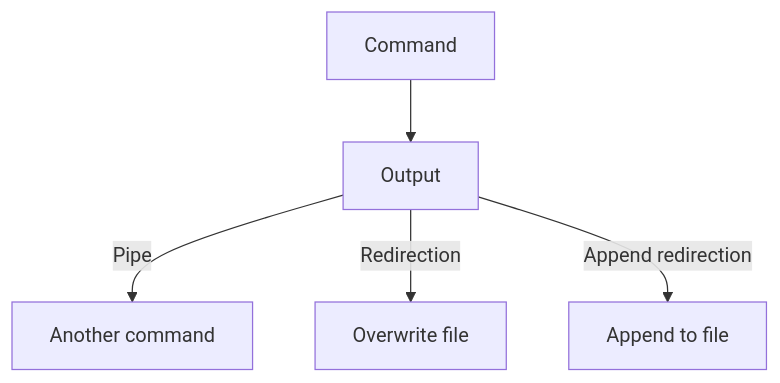
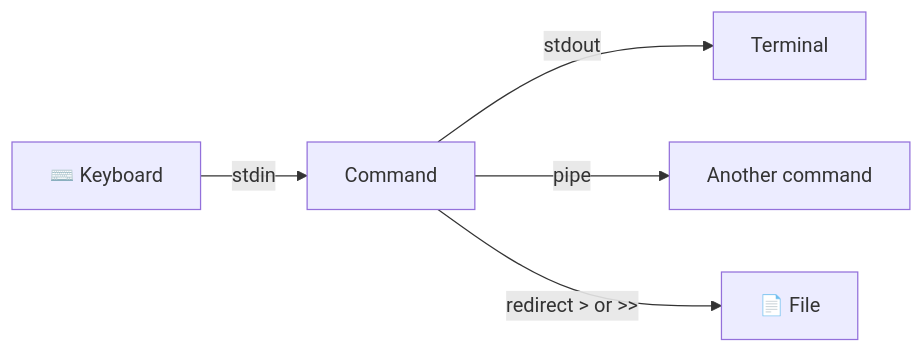
One commit to RyanM-Dev/My-Summery changed the first of 3 diagrams in DevOps/NaNa/Linux/1. Linux Pipes, `grep`, `less`, and Output Redirection.md. Above: the diagram before and after it, drawn with Mermaid. The commit also changed other lines of this file and 16 other files, not shown here.

````diff
--- a/DevOps/NaNa/Linux/1. Linux Pipes, `grep`, `less`, and Output Redirection.md
+++ b/DevOps/NaNa/Linux/1. Linux Pipes, `grep`, `less`, and Output Redirection.md
@@ -59,12 +30,7 @@
 ```mermaid
-flowchart TD
-    N0["Command"]
-    N1["Output"]
-    N2["Another command"]
-    N3["Overwrite file"]
-    N4["Append to file"]
-    N0 --> N1
-    N1 -->|Pipe| N2
-    N1 -->|Redirection| N3
-    N1 -->|Append redirection| N4
+flowchart LR
+    K["⌨️ Keyboard"] -->|stdin| C["Command"]
+    C -->|stdout| T["Terminal"]
+    C -->|pipe| N["Another command"]
+    C -->|"redirect > or >>"| F["📄 File"]
 ```
````
